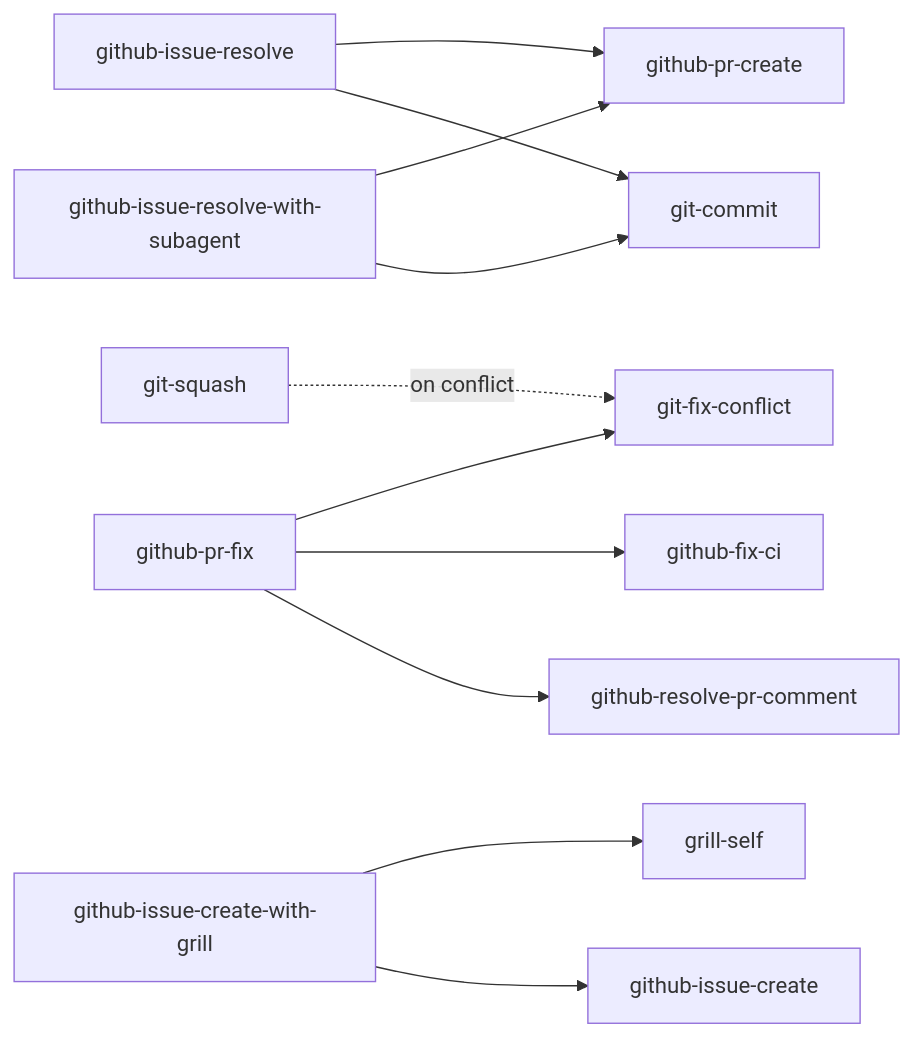
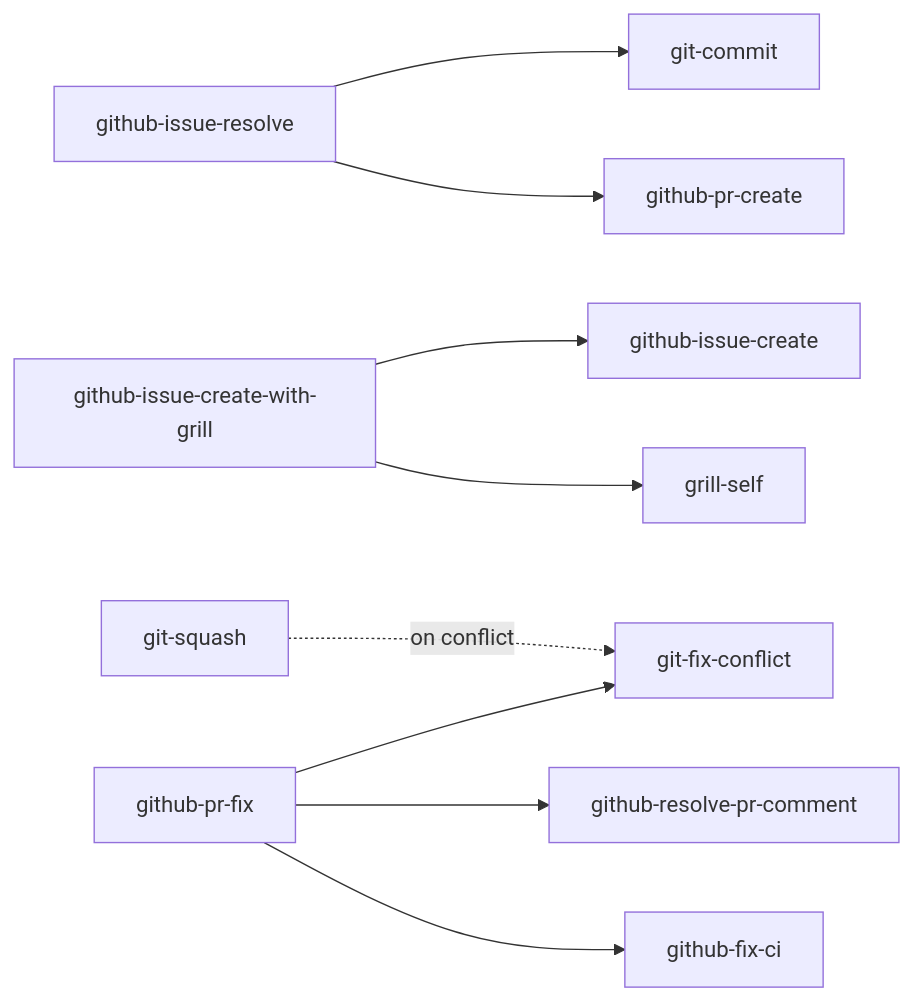
Before and after one commit to mjun0812/dotfiles: the diagram in doc/skills.md, drawn with Mermaid. The commit also changed other lines of this file and 5 other files, not shown here.

First line of the commit message:
feat(skills): github-issue-resolveをSubAgent実装へ一本化しkiro-impl式ループに改修 (#47)

````diff
--- a/doc/skills.md
+++ b/doc/skills.md
@@ -100,17 +99,15 @@
 ```mermaid
 graph LR
     git-squash -. on conflict .-> git-fix-conflict
 
     github-issue-resolve --> github-pr-create
     github-issue-resolve --> git-commit
 
-    github-issue-resolve-with-subagent --> github-pr-create
-    github-issue-resolve-with-subagent --> git-commit
 
     github-issue-create-with-grill --> grill-self
     github-issue-create-with-grill --> github-issue-create
 
     github-pr-fix --> git-fix-conflict
     github-pr-fix --> github-fix-ci
     github-pr-fix --> github-resolve-pr-comment
 ```
````
